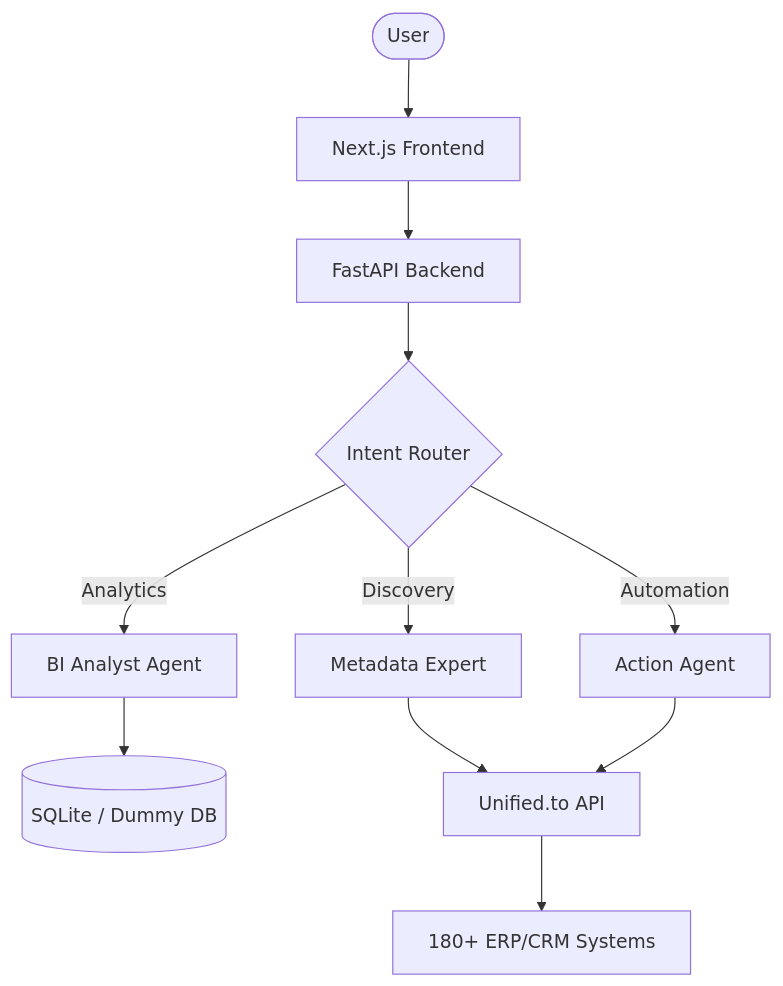
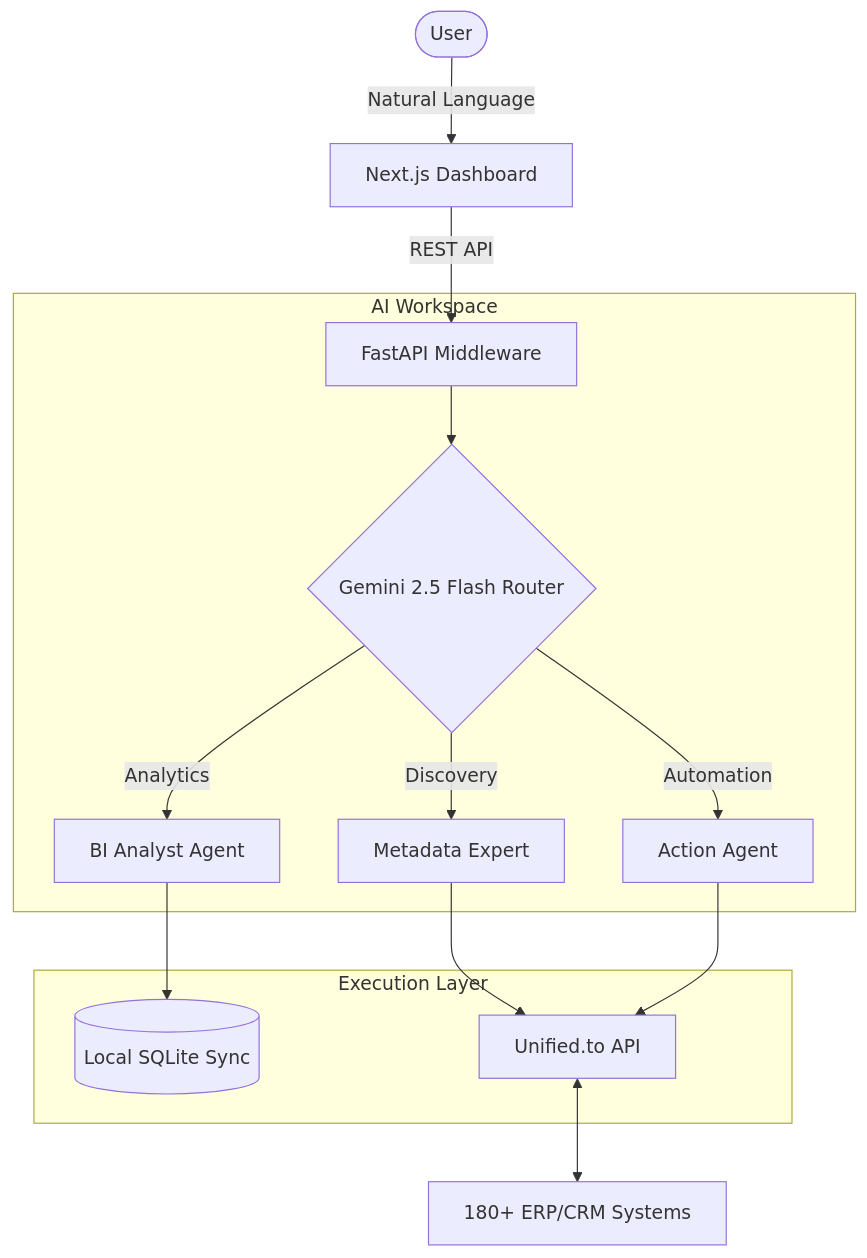
Before and after one commit to Jawknee-builds/ERP-chat-bot-: the diagram in README.md, drawn with Mermaid. The commit also changed other lines of this file, not shown here.

````diff
--- a/README.md
+++ b/README.md
@@ -23,15 +16,20 @@
 ```mermaid
 graph TD
-    User([User]) --> UI[Next.js Frontend]
-    UI --> API[FastAPI Backend]
-    API --> Router{Intent Router}
-    Router -->|Analytics| Analyst[BI Analyst Agent]
-    Router -->|Discovery| Discovery[Metadata Expert]
-    Router -->|Automation| Automation[Action Agent]
+    User([User]) -- "Natural Language" --> UI[Next.js Dashboard]
+    UI -- "REST API" --> Backend[FastAPI Middleware]
     
-    Analyst --> DB[(SQLite / Dummy DB)]
-    Discovery --> Unified[Unified.to API]
-    Automation --> Unified
+    subgraph "AI Workspace"
+        Backend --> Router{Gemini 2.5 Flash Router}
+        Router -->|Analytics| Analyst[BI Analyst Agent]
+        Router -->|Discovery| Discovery[Metadata Expert]
+        Router -->|Automation| Automation[Action Agent]
+    end
     
-    Unified --> External[180+ ERP/CRM Systems]
+    subgraph "Execution Layer"
+        Analyst --> DB[(Local SQLite Sync)]
+        Discovery --> Unified[Unified.to API]
+        Automation --> Unified
+    end
+    
+    Unified <--> External[180+ ERP/CRM Systems]
 ```
````
